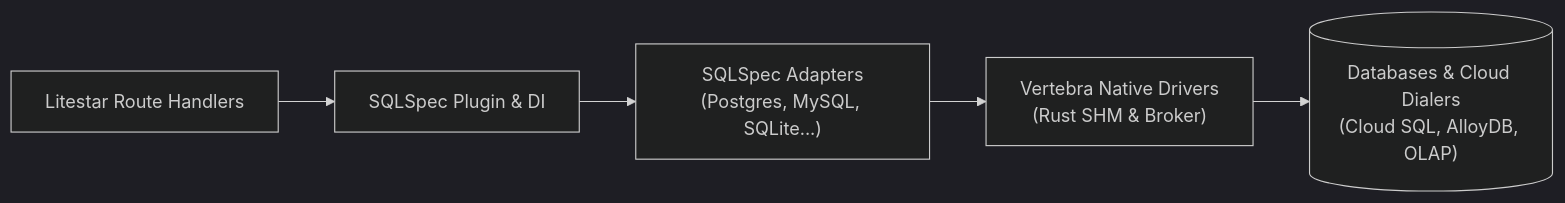
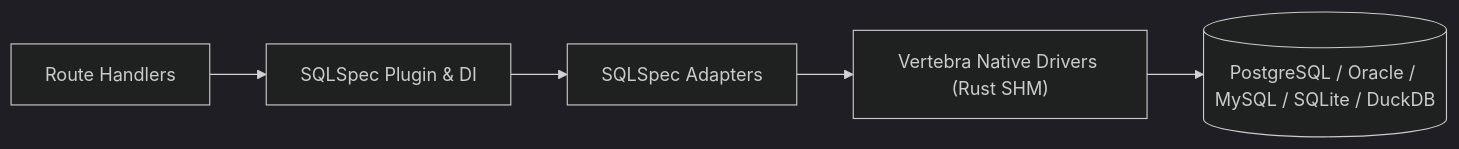
Before and after one commit to cofin/vertebra: the diagram in docs/usage/databases.md, drawn with Mermaid (dark theme). The commit also changed other lines of this file and 112 other files, not shown here.

````diff
--- a/docs/usage/databases.md
+++ b/docs/usage/databases.md
@@ -5,7 +5,7 @@
 ```mermaid
 flowchart LR
-    A["Litestar Route Handlers"] --> B["SQLSpec Plugin & DI"]
-    B --> C["SQLSpec Adapters\n(Postgres, MySQL, SQLite...)"]
-    C --> D["Vertebra Native Drivers\n(Rust SHM & Broker)"]
-    D --> E[("Databases & Cloud Dialers\n(Cloud SQL, AlloyDB, OLAP)")]
+    A["Route Handlers"] --> B["SQLSpec Plugin & DI"]
+    B --> C["SQLSpec Adapters"]
+    C --> D["Vertebra Native Drivers (Rust SHM)"]
+    D --> E[("PostgreSQL / Oracle / MySQL / SQLite / DuckDB")]
 ```
````
